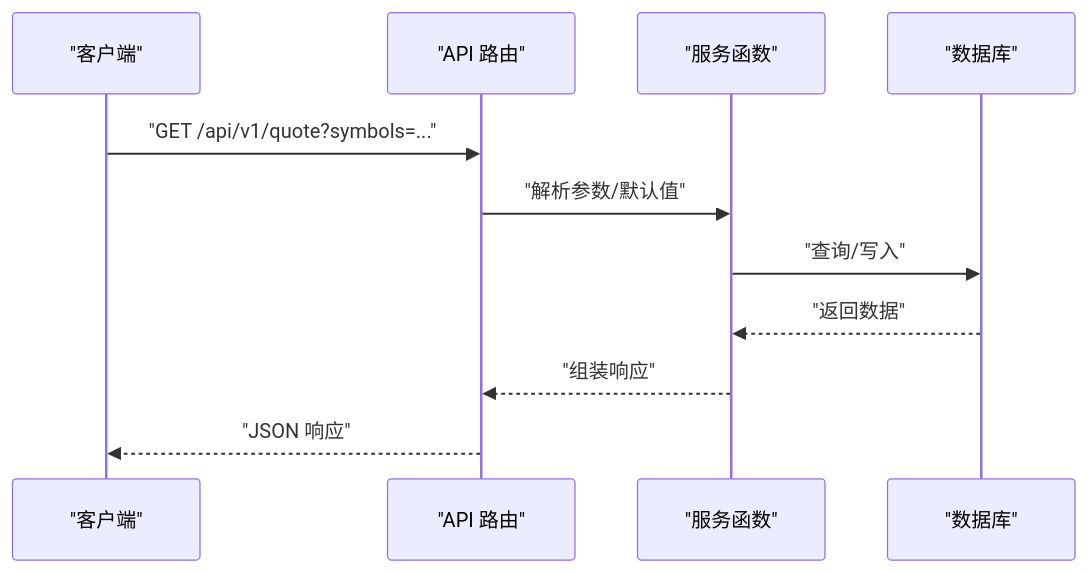
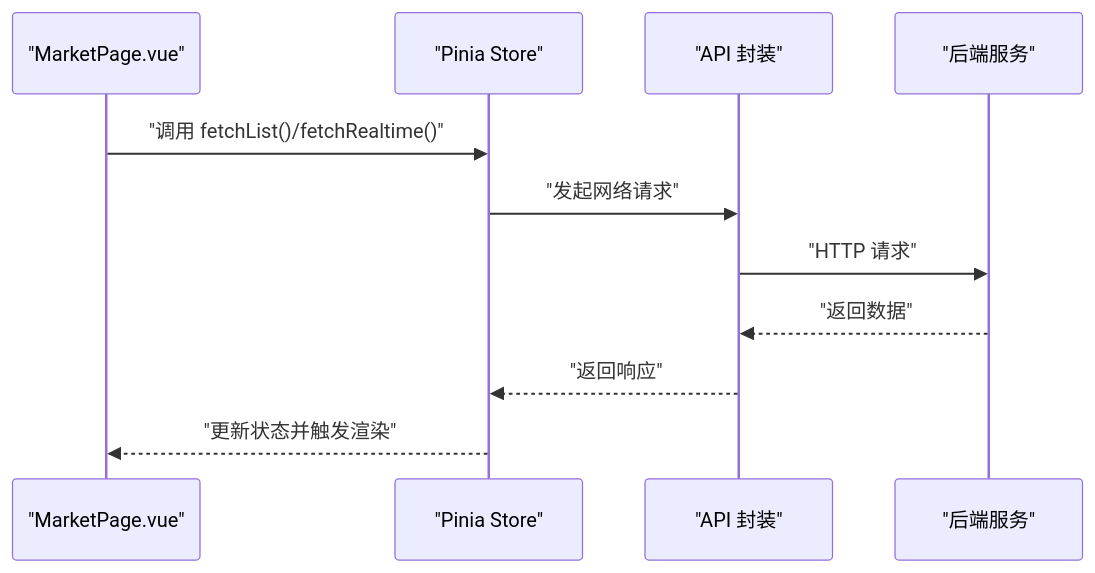
Before and after one commit to We3le7/stock-view: the second of 4 diagrams in .qoder/repowiki/zh/content/前端开发/工具函数.md, drawn with Mermaid. The commit also changed other lines of this file and 142 other files, not shown here.

````diff
--- a/.qoder/repowiki/zh/content/前端开发/工具函数.md
+++ b/.qoder/repowiki/zh/content/前端开发/工具函数.md
@@ -301,13 +81,13 @@
 ```mermaid
 sequenceDiagram
-participant C as "客户端"
-participant A as "API 路由"
-participant S as "服务函数"
-participant D as "数据库"
-C->>A : "GET /api/v1/quote?symbols=..."
-A->>S : "解析参数/默认值"
-S->>D : "查询/写入"
-D-->>S : "返回数据"
-S-->>A : "组装响应"
-A-->>C : "JSON 响应"
+participant Page as "MarketPage.vue"
+participant Store as "Pinia Store"
+participant API as "API 封装"
+participant Backend as "后端服务"
+Page->>Store : "调用 fetchList()/fetchRealtime()"
+Store->>API : "发起网络请求"
+API->>Backend : "HTTP 请求"
+Backend-->>API : "返回数据"
+API-->>Store : "返回响应"
+Store-->>Page : "更新状态并触发渲染"
 ```
````
